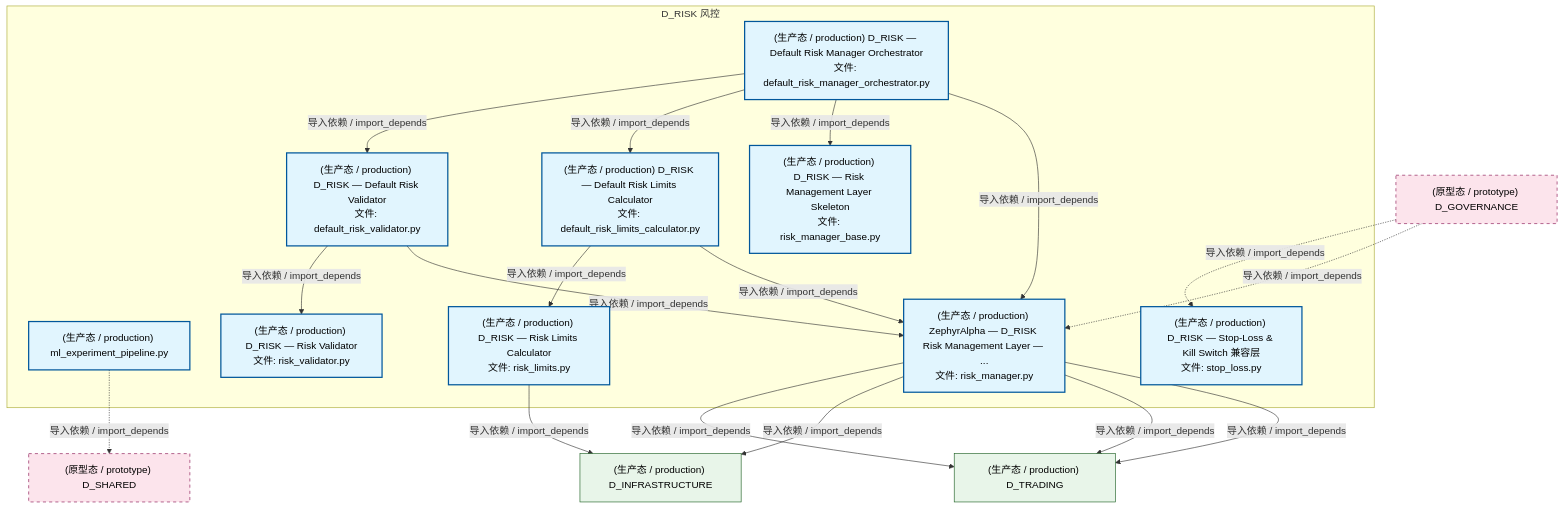
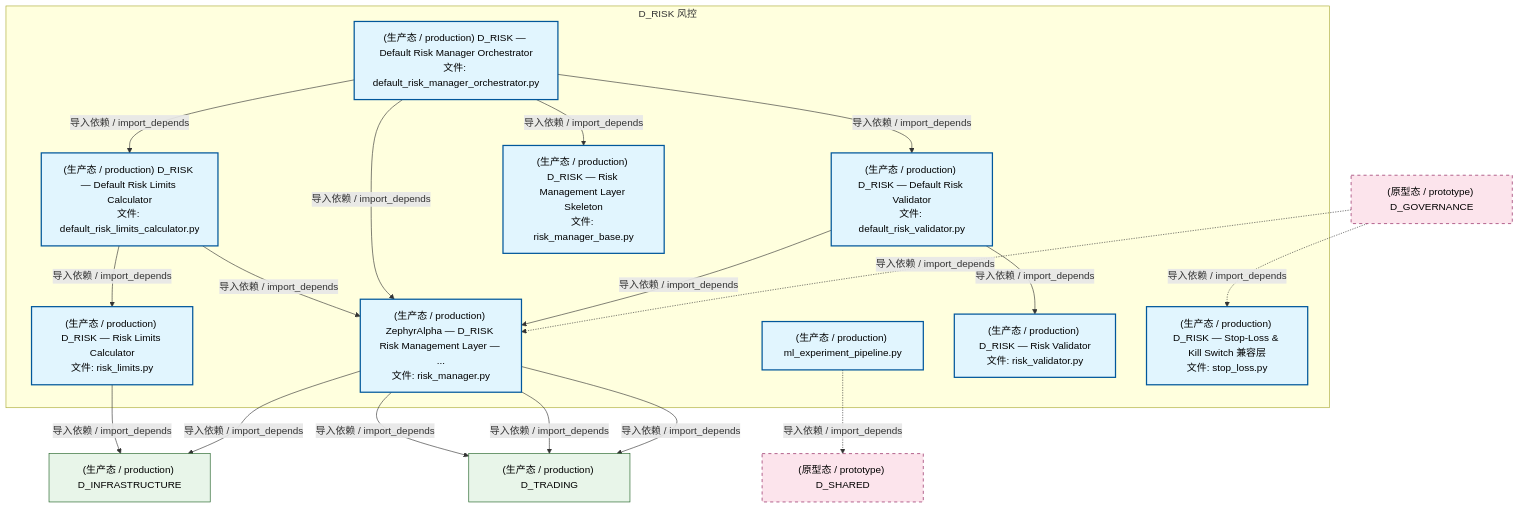
The second of 4 diagrams in docs/02_enterprise_architecture/02_domain_architecture_docs/54_d_risk.md (xuanFelixVan/ZephyrAlpha), drawn with Mermaid before and after one commit. The commit also changed other lines of this file and 125 other files, not shown here.

````diff
--- a/docs/02_enterprise_architecture/02_domain_architecture_docs/54_d_risk.md
+++ b/docs/02_enterprise_architecture/02_domain_architecture_docs/54_d_risk.md
@@ -188,41 +188,41 @@
 ```mermaid
 graph TD
     subgraph D_RISK["D_RISK 风控"]
         src_zephyr_risk_cross_asset_cross_market_data_adapter_ml_experiment_pipeline_py["(生产态 / production) ml_experiment_pipeline.py"]
         src_zephyr_risk_implementations_default_risk_limits_calculator_py["(生产态 / production) D_RISK — Default Risk Limits Calculator<br/>文件: default_risk_limits_calculator.py"]
         src_zephyr_risk_implementations_default_risk_manager_orchestrator_py["(生产态 / production) D_RISK — Default Risk Manager Orchestrator<br/>文件: default_risk_manager_orchestrator.py"]
         src_zephyr_risk_implementations_default_risk_validator_py["(生产态 / production) D_RISK — Default Risk Validator<br/>文件: default_risk_validator.py"]
         src_zephyr_risk_risk_limits_py["(生产态 / production) D_RISK — Risk Limits Calculator<br/>文件: risk_limits.py"]
         src_zephyr_risk_risk_manager_py["(生产态 / production) ZephyrAlpha — D_RISK Risk Management Layer — ...<br/>文件: risk_manager.py"]
         src_zephyr_risk_risk_manager_base_py["(生产态 / production) D_RISK — Risk Management Layer Skeleton<br/>文件: risk_manager_base.py"]
         src_zephyr_risk_risk_validator_py["(生产态 / production) D_RISK — Risk Validator<br/>文件: risk_validator.py"]
         src_zephyr_risk_stop_loss_py["(生产态 / production) D_RISK — Stop-Loss & Kill Switch 兼容层<br/>文件: stop_loss.py"]
     end
+    src_zephyr_risk_implementations_default_risk_limits_calculator_py -->|导入依赖 / import_depends| src_zephyr_risk_risk_limits_py
     src_zephyr_risk_implementations_default_risk_limits_calculator_py -->|导入依赖 / import_depends| src_zephyr_risk_risk_manager_py
-    src_zephyr_risk_implementations_default_risk_limits_calculator_py -->|导入依赖 / import_depends| src_zephyr_risk_risk_limits_py
-    src_zephyr_risk_implementations_default_risk_validator_py -->|导入依赖 / import_depends| src_zephyr_risk_risk_manager_py
-    src_zephyr_risk_implementations_default_risk_validator_py -->|导入依赖 / import_depends| src_zephyr_risk_risk_validator_py
     src_zephyr_risk_implementations_default_risk_manager_orchestrator_py -->|导入依赖 / import_depends| src_zephyr_risk_risk_manager_py
     src_zephyr_risk_implementations_default_risk_manager_orchestrator_py -->|导入依赖 / import_depends| src_zephyr_risk_risk_manager_base_py
     src_zephyr_risk_implementations_default_risk_manager_orchestrator_py -->|导入依赖 / import_depends| src_zephyr_risk_implementations_default_risk_limits_calculator_py
     src_zephyr_risk_implementations_default_risk_manager_orchestrator_py -->|导入依赖 / import_depends| src_zephyr_risk_implementations_default_risk_validator_py
+    src_zephyr_risk_implementations_default_risk_validator_py -->|导入依赖 / import_depends| src_zephyr_risk_risk_manager_py
+    src_zephyr_risk_implementations_default_risk_validator_py -->|导入依赖 / import_depends| src_zephyr_risk_risk_validator_py
+    D_INFRASTRUCTURE["(生产态 / production) D_INFRASTRUCTURE"]
+    src_zephyr_risk_risk_limits_py -->|导入依赖 / import_depends| D_INFRASTRUCTURE
+    src_zephyr_risk_risk_manager_py -->|导入依赖 / import_depends| D_INFRASTRUCTURE
     D_TRADING["(生产态 / production) D_TRADING"]
     src_zephyr_risk_risk_manager_py -->|导入依赖 / import_depends| D_TRADING
     src_zephyr_risk_risk_manager_py -->|导入依赖 / import_depends| D_TRADING
-    D_INFRASTRUCTURE["(生产态 / production) D_INFRASTRUCTURE"]
-    src_zephyr_risk_risk_manager_py -->|导入依赖 / import_depends| D_INFRASTRUCTURE
     src_zephyr_risk_risk_manager_py -->|导入依赖 / import_depends| D_TRADING
-    src_zephyr_risk_risk_limits_py -->|导入依赖 / import_depends| D_INFRASTRUCTURE
     D_SHARED["(原型态 / prototype) D_SHARED"]
     src_zephyr_risk_cross_asset_cross_market_data_adapter_ml_experiment_pipeline_py -.->|导入依赖 / import_depends| D_SHARED
     D_GOVERNANCE["(原型态 / prototype) D_GOVERNANCE"]
     D_GOVERNANCE -.->|导入依赖 / import_depends| src_zephyr_risk_risk_manager_py
     D_GOVERNANCE -.->|导入依赖 / import_depends| src_zephyr_risk_stop_loss_py
     classDef production fill:#e1f5fe,stroke:#01579b,stroke-width:2px,color:#000
     classDef design fill:#fff3e0,stroke:#e65100,stroke-width:2px,color:#000,stroke-dasharray: 5 5
     classDef external_prod fill:#e8f5e9,stroke:#1b5e20,stroke-width:1px,color:#000
     classDef external_design fill:#fce4ec,stroke:#880e4f,stroke-width:1px,color:#000,stroke-dasharray: 5 5
     class src_zephyr_risk_cross_asset_cross_market_data_adapter_ml_experiment_pipeline_py,src_zephyr_risk_implementations_default_risk_limits_calculator_py,src_zephyr_risk_implementations_default_risk_manager_orchestrator_py,src_zephyr_risk_implementations_default_risk_validator_py,src_zephyr_risk_risk_limits_py,src_zephyr_risk_risk_manager_py,src_zephyr_risk_risk_manager_base_py,src_zephyr_risk_risk_validator_py,src_zephyr_risk_stop_loss_py production
-    class D_TRADING,D_INFRASTRUCTURE external_prod
+    class D_INFRASTRUCTURE,D_TRADING external_prod
     class D_SHARED,D_GOVERNANCE external_design
 ```
````
